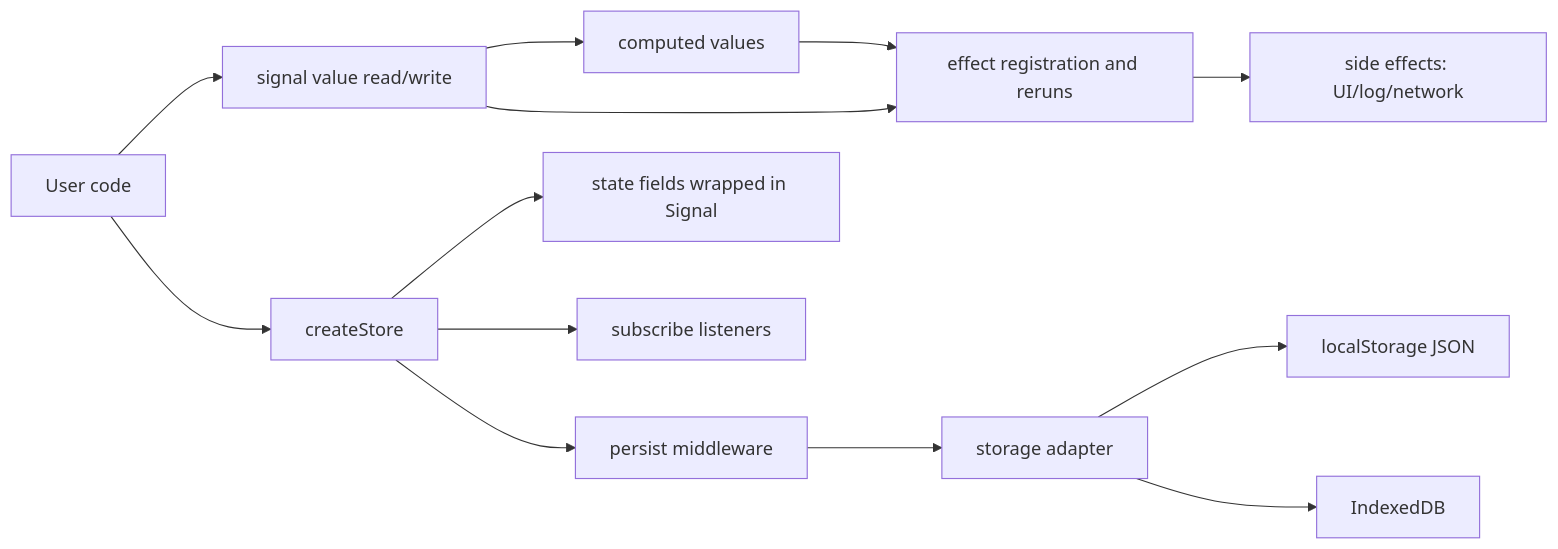
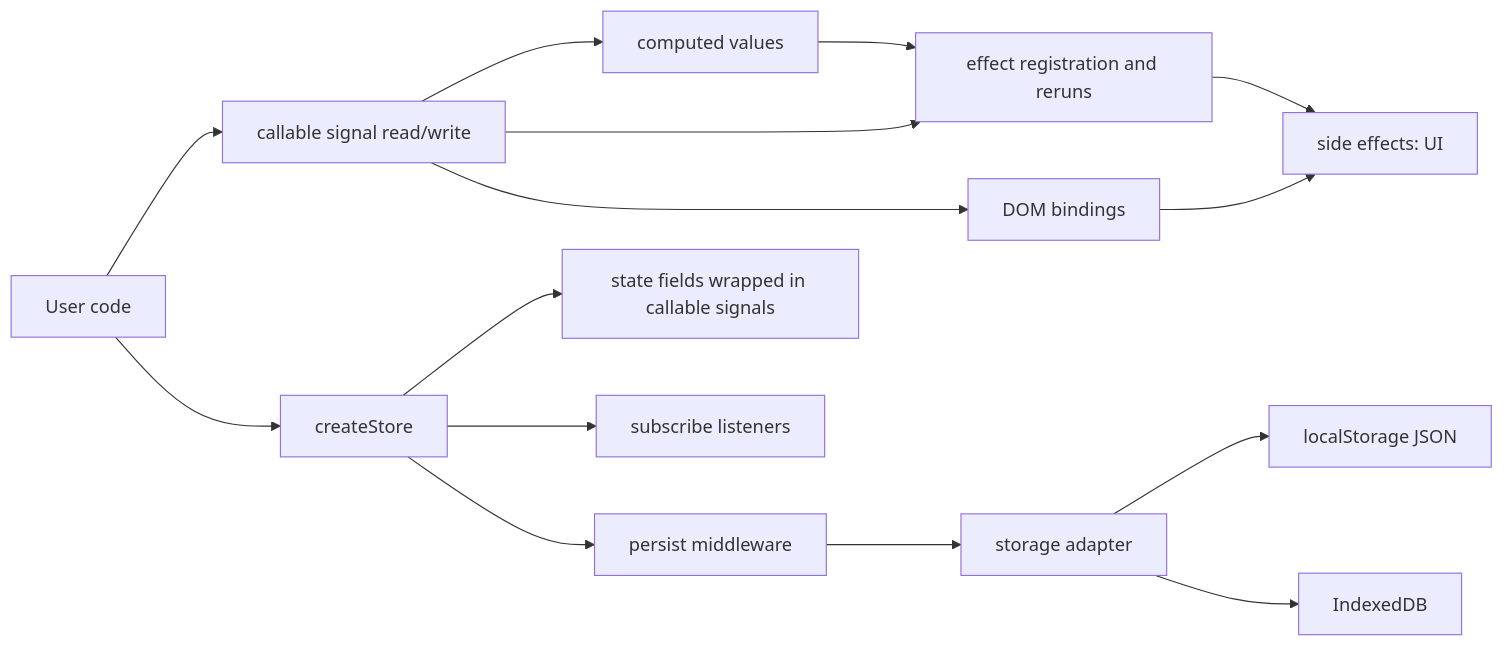
Before and after one commit to kiranojhanp/super-tiny-signal: the diagram in docs/README.md, drawn with Mermaid. The commit also changed other lines of this file and 19 other files, not shown here.

Commit message:
feat: modernize API with callable signals and DOM bindings

````diff
--- a/docs/README.md
+++ b/docs/README.md
@@ -12,17 +12,19 @@
 ```mermaid
 flowchart LR
-  U[User code] --> S[signal value read/write]
+  U[User code] --> S[callable signal read/write]
   S --> C[computed values]
   S --> E[effect registration and reruns]
+  S --> D[DOM bindings]
   C --> E
-  E --> R[side effects: UI/log/network]
+  D --> R[side effects: UI]
+  E --> R
 
   U --> ST[createStore]
-  ST --> SIG[state fields wrapped in Signal]
+  ST --> SIG[state fields wrapped in callable signals]
   ST --> SUB[subscribe listeners]
 
   ST --> P[persist middleware]
   P --> SA[storage adapter]
   SA --> LS[localStorage JSON]
   SA --> IDB[IndexedDB]
 ```
````
